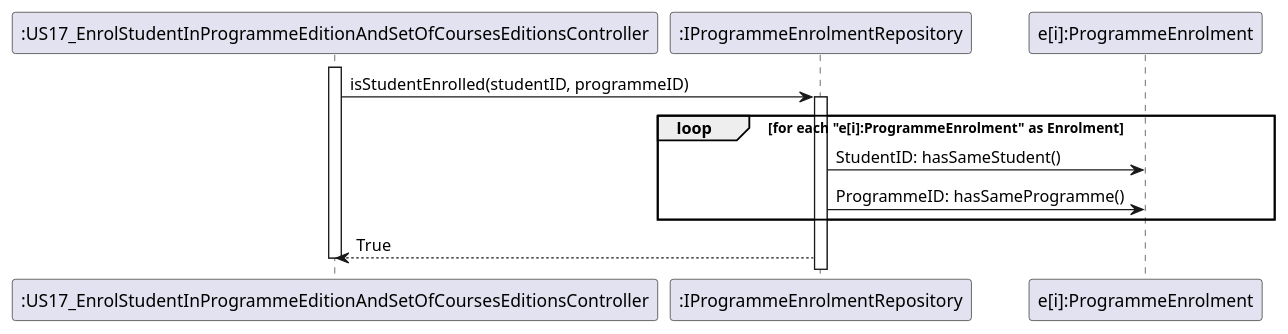
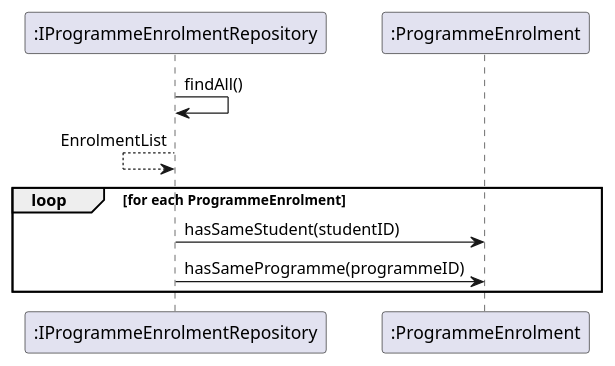
The diagram in docs/US17/references/isStudentEnrolled.puml (GasparISEP/DevOps-PAI), drawn with PlantUML before and after one commit.

Commit message:
[docs]: Update isStudentEnrolled.puml sequence diagram REF to reflect JPA SB, #365 #348 #393 #400

```diff
--- a/docs/US17/references/isStudentEnrolled.puml
+++ b/docs/US17/references/isStudentEnrolled.puml
@@ -1,18 +1,13 @@
 @startuml
-participant ":US17_EnrolStudentInProgrammeEditionAndSetOfCoursesEditionsController" as Controller
-activate Controller
 participant ":IProgrammeEnrolmentRepository" as ProgrammeEnrolmentRepository
+participant ":ProgrammeEnrolment" as ProgrammeEnrolment
 
-'' Is Student Enrolled
+ProgrammeEnrolmentRepository -> ProgrammeEnrolmentRepository : findAll()
+ProgrammeEnrolmentRepository <-- ProgrammeEnrolmentRepository : EnrolmentList
 
-Controller -> ProgrammeEnrolmentRepository : isStudentEnrolled(studentID, programmeID)
-activate ProgrammeEnrolmentRepository
-participant "e[i]:ProgrammeEnrolment" as Enrolment
-loop for each "e[i]:ProgrammeEnrolment" as Enrolment
-ProgrammeEnrolmentRepository -> Enrolment : StudentID: hasSameStudent()
-ProgrammeEnrolmentRepository -> Enrolment : ProgrammeID: hasSameProgramme()
+loop for each ProgrammeEnrolment
+    ProgrammeEnrolmentRepository -> ProgrammeEnrolment : hasSameStudent(studentID)
+
+    ProgrammeEnrolmentRepository -> ProgrammeEnrolment : hasSameProgramme(programmeID)
 end
-deactivate Enrolment
-ProgrammeEnrolmentRepository --> Controller : True
-deactivate Controller
 @enduml
```
